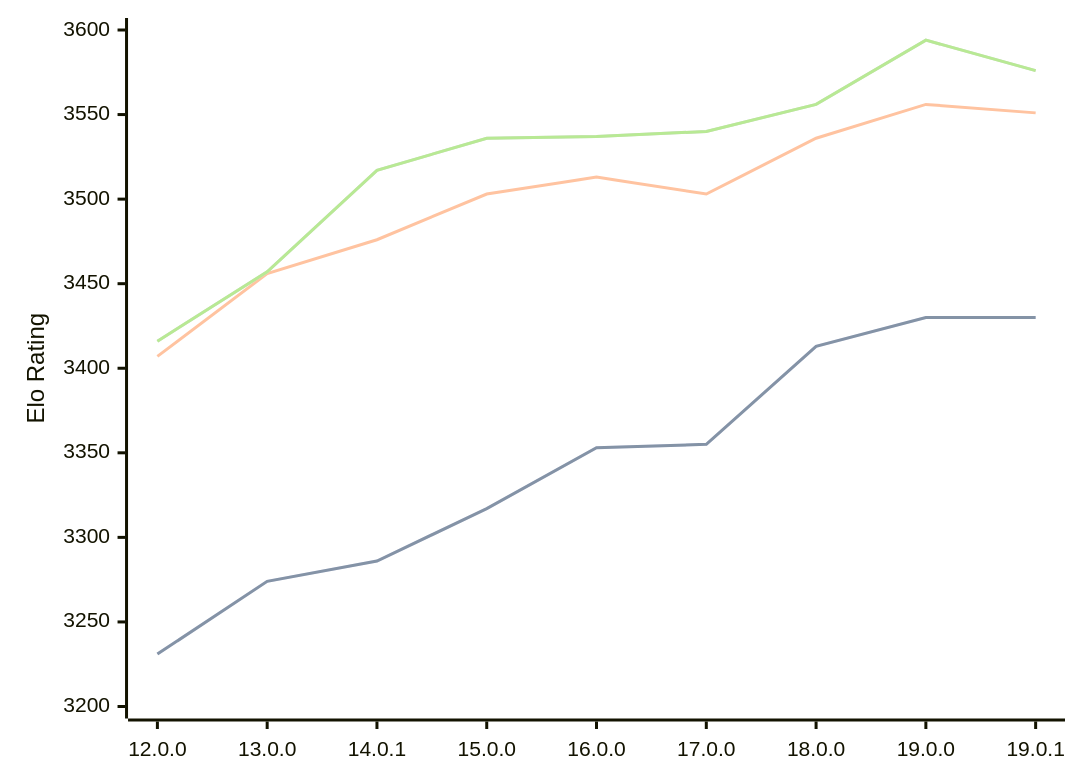
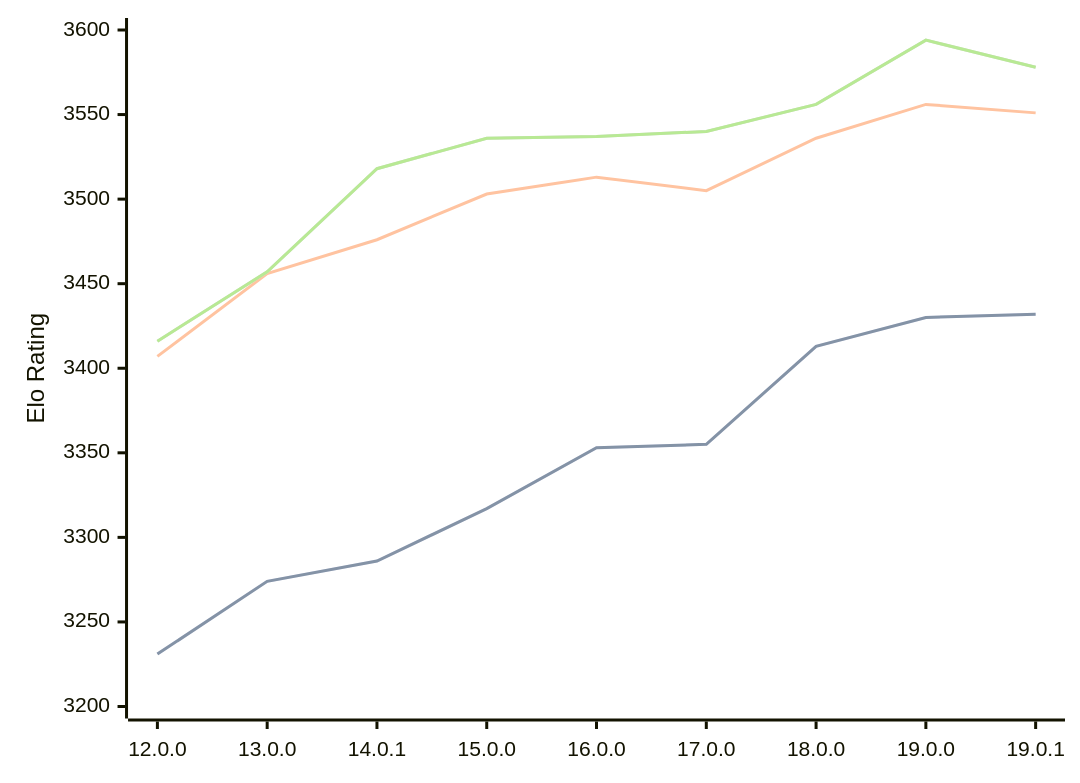
The diagram in engines/Viridithas.md (computer-chess-index/cci), drawn with Mermaid before and after one commit. The commit also changed other lines of this file, not shown here.

Commit message:
Update CCI Ratings (ELO VLTC) - 2026-04-02

````diff
--- a/engines/Viridithas.md
+++ b/engines/Viridithas.md
@@ -63,11 +63,11 @@
 ```mermaid
 %%{init: {"theme":"base","themeVariables":{"seriesColors:['#a3a3a3','#222221','#faa371']}}}%%
 xychart-beta
   x-axis ["12.0.0", "13.0.0", "14.0.1", "15.0.0", "16.0.0", "17.0.0", "18.0.0", "19.0.0", "19.0.1"]
   y-axis "Elo Rating" 3200 --> 3600
-  line "STC (8.0+0.08s)" [3231, 3274, 3286, 3317, 3353, 3355, 3413, 3430, 3430]
-  line "STC (8.0+0.08s)" [3231, 3274, 3286, 3317, 3353, 3355, 3413, 3430, 3430]
-  line "LTC (60.0+0.60s)" [3407, 3456, 3476, 3503, 3513, 3503, 3536, 3556, 3551]
-  line "VLTC (2m24s+1.12s)" [3416, 3457, 3517, 3536, 3537, 3540, 3556, 3594, 3576]
-  line "VLTC (2m24s+1.12s)" [3416, 3457, 3517, 3536, 3537, 3540, 3556, 3594, 3576]
+  line "STC (8.0+0.08s)" [3231, 3274, 3286, 3317, 3353, 3355, 3413, 3430, 3432]
+  line "STC (8.0+0.08s)" [3231, 3274, 3286, 3317, 3353, 3355, 3413, 3430, 3432]
+  line "LTC (60.0+0.60s)" [3407, 3456, 3476, 3503, 3513, 3505, 3536, 3556, 3551]
+  line "VLTC (2m24s+1.12s)" [3416, 3457, 3518, 3536, 3537, 3540, 3556, 3594, 3578]
+  line "VLTC (2m24s+1.12s)" [3416, 3457, 3518, 3536, 3537, 3540, 3556, 3594, 3578]
 ```
````
